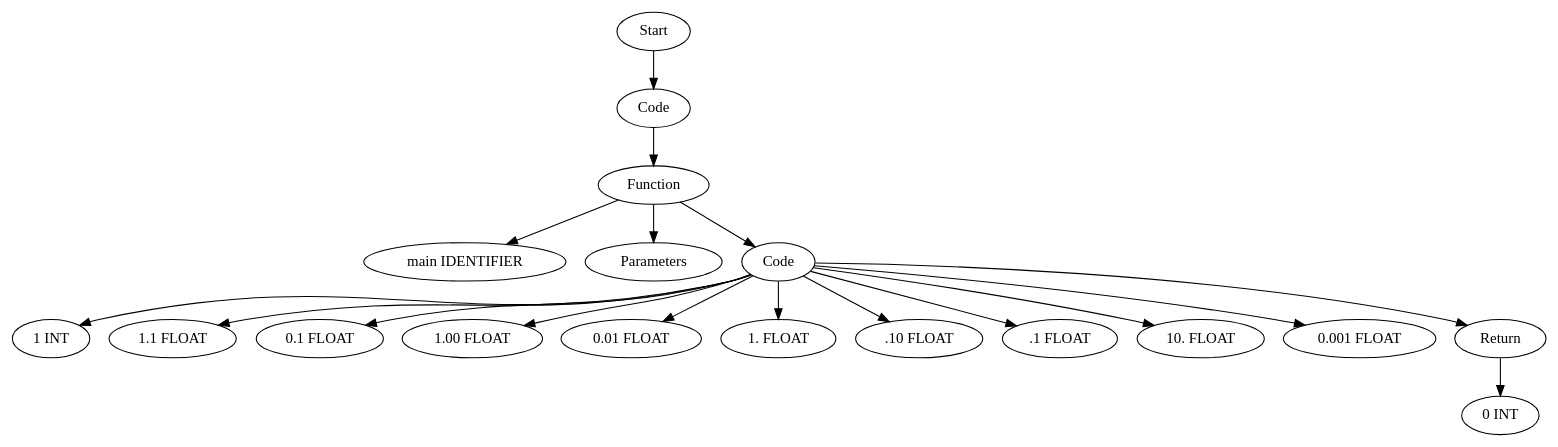
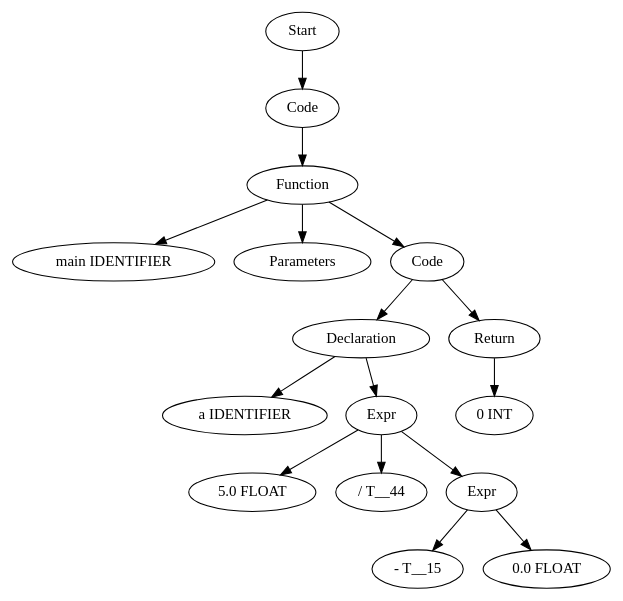
One commit to Are-you-listening/Compilers changed the diagram in TestCases/ASTTests/ConstantFoldingTests/createTests/read_file_before.dot. Above: the diagram before and after it, drawn with Graphviz. The commit also changed 280 other files, not shown here.

```diff
--- a/TestCases/ASTTests/ConstantFoldingTests/createTests/read_file_before.dot
+++ b/TestCases/ASTTests/ConstantFoldingTests/createTests/read_file_before.dot
@@ -1,37 +1,33 @@
 digraph AST {
-  "131923901934352" [label="Start"];
-  "131923901934352" -> "131923901923504";
-  "131923901923504" [label="Code"];
-  "131923901923504" -> "131923901934400";
-  "131923901934400" [label="Function"];
-  "131923901934400" -> "131923901932672";
-  "131923901934400" -> "131923901935312";
-  "131923901934400" -> "131923901936320";
-  "131923901932672" [label="main IDENTIFIER"];
-  "131923901935312" [label="Parameters"];
-  "131923901936320" [label="Code"];
-  "131923901936320" -> "131923901936272";
-  "131923901936320" -> "131923901927680";
-  "131923901936320" -> "131923901924992";
-  "131923901936320" -> "131923901924368";
-  "131923901936320" -> "131923901932000";
-  "131923901936320" -> "131923901925952";
-  "131923901936320" -> "131923901929312";
-  "131923901936320" -> "131923901933344";
-  "131923901936320" -> "131923901933632";
-  "131923901936320" -> "131923901933680";
-  "131923901936320" -> "131923901933824";
-  "131923901936272" [label="1 INT"];
-  "131923901927680" [label="1.1 FLOAT"];
-  "131923901924992" [label="0.1 FLOAT"];
-  "131923901924368" [label="1.00 FLOAT"];
-  "131923901932000" [label="0.01 FLOAT"];
-  "131923901925952" [label="1. FLOAT"];
-  "131923901929312" [label=".10 FLOAT"];
-  "131923901933344" [label=".1 FLOAT"];
-  "131923901933632" [label="10. FLOAT"];
-  "131923901933680" [label="0.001 FLOAT"];
-  "131923901933824" [label="Return"];
-  "131923901933824" -> "131923901924560";
-  "131923901924560" [label="0 INT"];
+  "129530593445296" [label="Start"];
+  "129530593445296" -> "129530593455520";
+  "129530593455520" [label="Code"];
+  "129530593455520" -> "129530593450240";
+  "129530593450240" [label="Function"];
+  "129530593450240" -> "129530593458256";
+  "129530593450240" -> "129530593614080";
+  "129530593450240" -> "129530593618160";
+  "129530593458256" [label="main IDENTIFIER"];
+  "129530593614080" [label="Parameters"];
+  "129530593618160" [label="Code"];
+  "129530593618160" -> "129530593617200";
+  "129530593618160" -> "129530593618496";
+  "129530593617200" [label="Declaration"];
+  "129530593617200" -> "129530593615088";
+  "129530593617200" -> "129530593618688";
+  "129530593615088" [label="a IDENTIFIER"];
+  "129530593618688" [label="Expr"];
+  "129530593618688" -> "129530593616384";
+  "129530593618688" -> "129530593617104";
+  "129530593618688" -> "129530593616432";
+  "129530593616384" [label="5.0 FLOAT"];
+  "129530593617104" [label="/ T__44"];
+  "129530593616432" [label="Expr"];
+  "129530593616432" -> "129530593612352";
+  "129530593616432" -> "129530593610576";
+  "129530593612352" [label="- T__15"];
+  "129530593610576" [label="0.0 FLOAT"];
+  "129530593618496" [label="Return"];
+  "129530593618496" -> "129530593613984";
+  "129530593613984" [label="0 INT"];
 }
```
